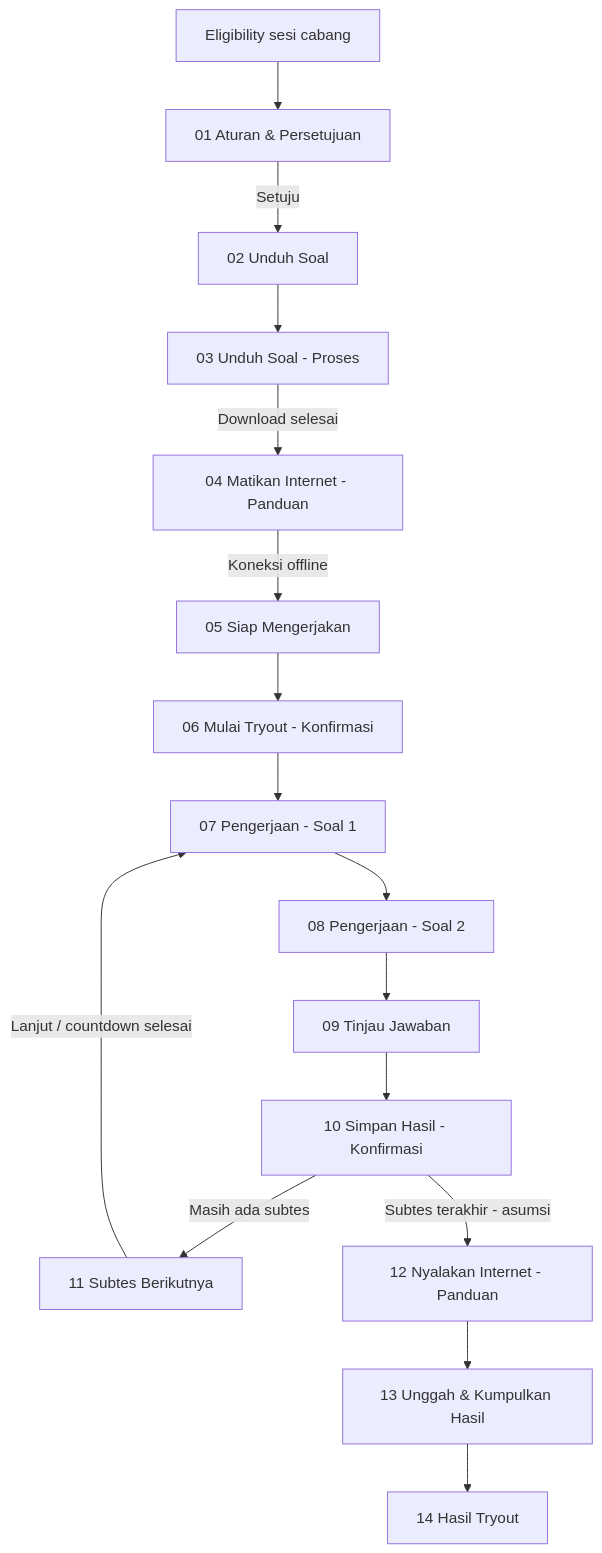
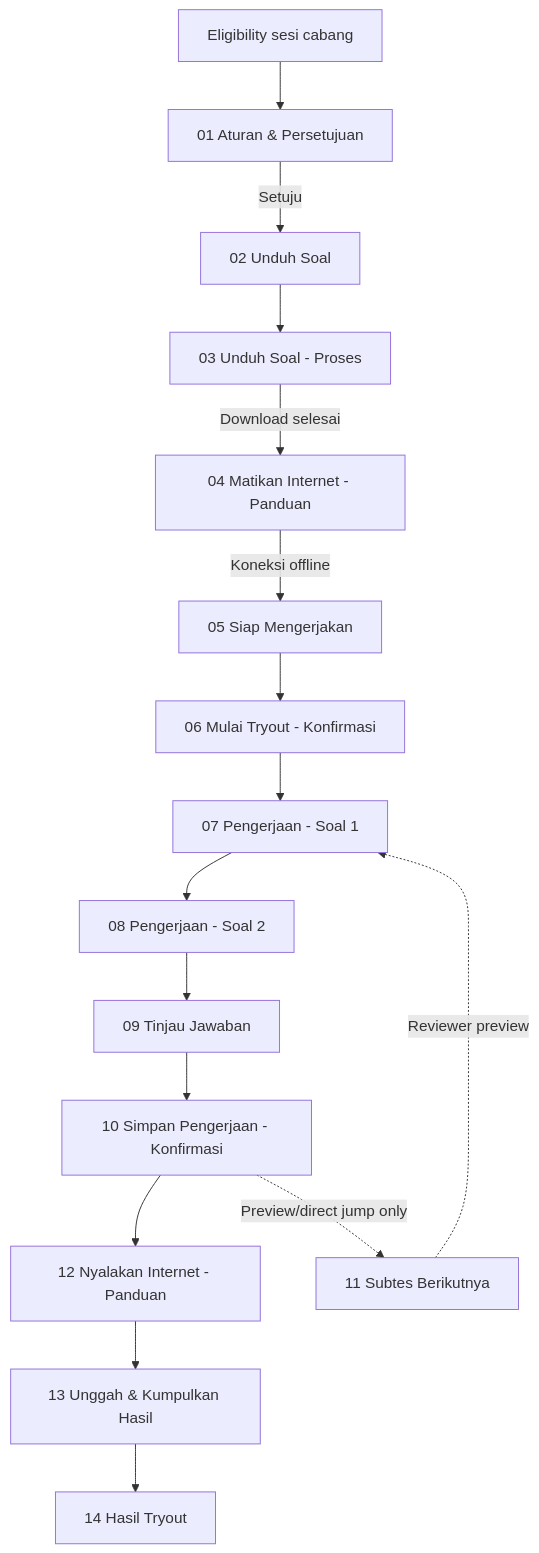
One commit to hhidro29/DrillOffline changed the second of 2 diagrams in CRAFT_PLAN.md. Above: the diagram before and after it, drawn with Mermaid. The commit also changed other lines of this file and 2 other files, not shown here.

Commit message:
TO-OFFLINE-038: refine offline collection flow

````diff
--- a/CRAFT_PLAN.md
+++ b/CRAFT_PLAN.md
@@ -742,18 +792,18 @@
 ```mermaid
 flowchart TD
   A[Eligibility sesi cabang] --> B[01 Aturan & Persetujuan]
   B -->|Setuju| C[02 Unduh Soal]
   C --> D[03 Unduh Soal - Proses]
   D -->|Download selesai| E[04 Matikan Internet - Panduan]
   E -->|Koneksi offline| F[05 Siap Mengerjakan]
   F --> G[06 Mulai Tryout - Konfirmasi]
   G --> H[07 Pengerjaan - Soal 1]
   H --> I[08 Pengerjaan - Soal 2]
   I --> J[09 Tinjau Jawaban]
-  J --> K[10 Simpan Hasil - Konfirmasi]
-  K -->|Masih ada subtes| L[11 Subtes Berikutnya]
-  L -->|Lanjut / countdown selesai| H
-  K -->|Subtes terakhir - asumsi| M[12 Nyalakan Internet - Panduan]
+  J --> K[10 Simpan Pengerjaan - Konfirmasi]
+  K --> M[12 Nyalakan Internet - Panduan]
+  K -.->|Preview/direct jump only| L[11 Subtes Berikutnya]
+  L -.->|Reviewer preview| H
   M --> N[13 Unggah & Kumpulkan Hasil]
   N --> O[14 Hasil Tryout]
 ```
````
